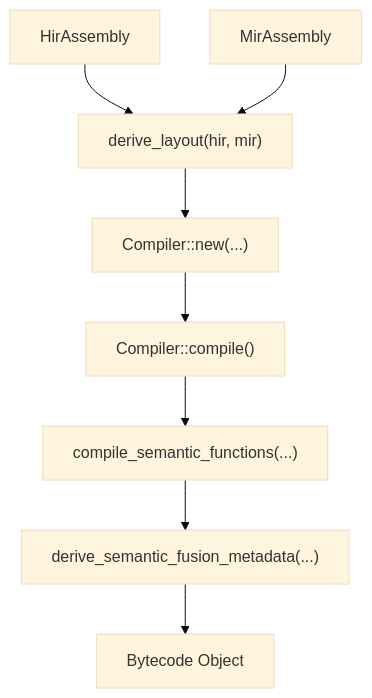
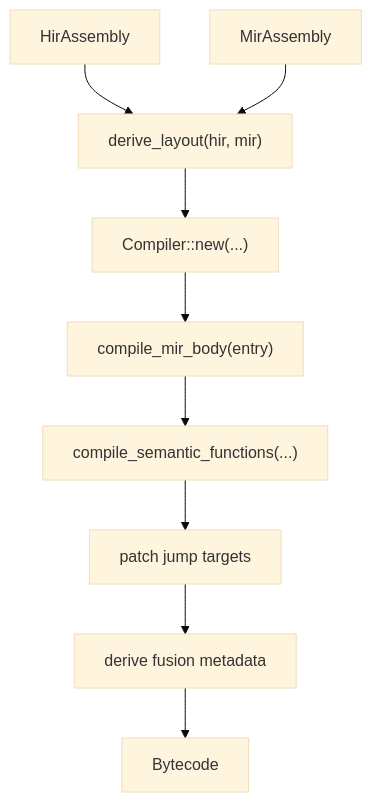
Before and after one commit to runmat-org/runmat: the first of 2 diagrams in docs/runtime/vm/bytecode.md, drawn with Mermaid (base theme). The commit also changed other lines of this file and 19 other files, not shown here.

````diff
--- a/docs/runtime/vm/bytecode.md
+++ b/docs/runtime/vm/bytecode.md
@@ -27,20 +28,21 @@
 ```mermaid
 flowchart TD
-  %% Subgraph: Compilation Process (runmat-vm)
-  %% Subgraph: Input Artifacts
   HIR["HirAssembly"]
   MIR["MirAssembly"]
   Layout["derive_layout(hir, mir)"]
-  CompInit["Compiler::new(...)"]
-  Lowering["Compiler::compile()"]
-  Semantic["compile_semantic_functions(...)"]
-  Accel["derive_semantic_fusion_metadata(...)"]
-  BC["Bytecode Object"]
+  CompilerInit["Compiler::new(...)"]
+  Entry["compile_mir_body(entry)"]
+  Functions["compile_semantic_functions(...)"]
+  Jumps["patch jump targets"]
+  Fusion["derive fusion metadata"]
+  Bytecode["Bytecode"]
+
   HIR --> Layout
   MIR --> Layout
-  Layout --> CompInit
-  CompInit --> Lowering
-  Lowering --> Semantic
-  Semantic --> Accel
-  Accel --> BC
+  Layout --> CompilerInit
+  CompilerInit --> Entry
+  Entry --> Functions
+  Functions --> Jumps
+  Jumps --> Fusion
+  Fusion --> Bytecode
 ```
````
